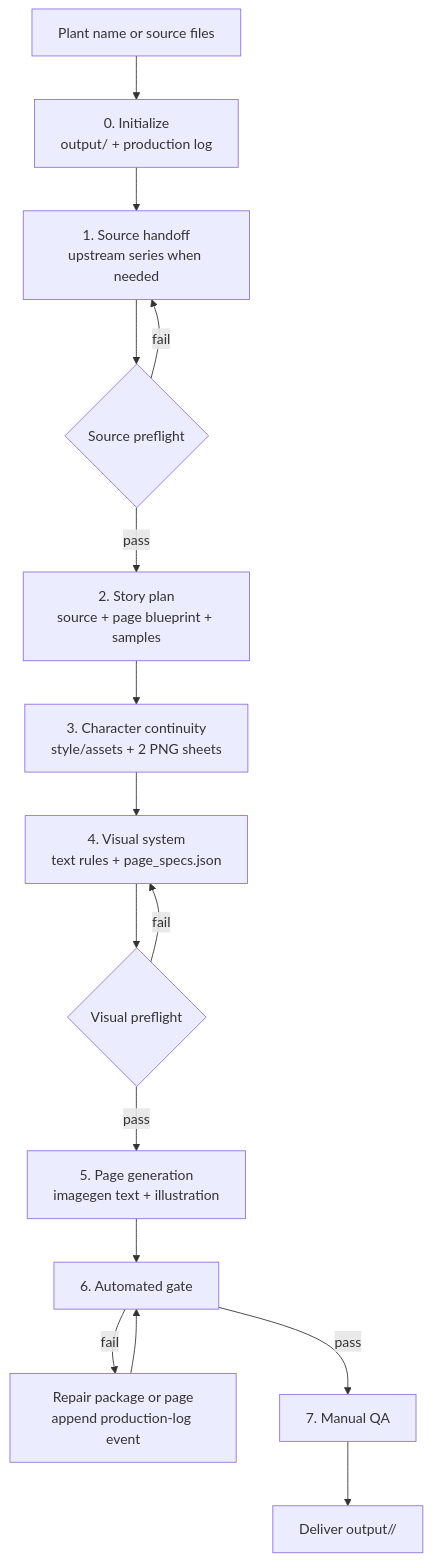
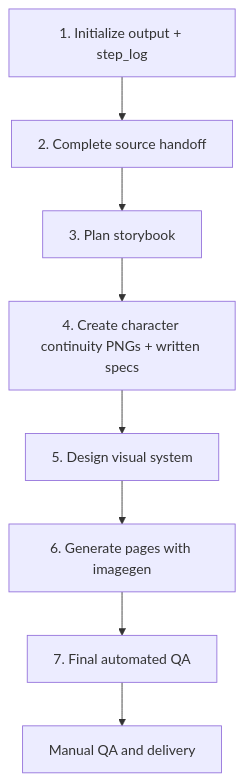
The diagram in README.md (shiqian/family-picturebook-generator), drawn with Mermaid before and after one commit. The commit also changed other lines of this file and 27 other files, not shown here.

````diff
--- a/README.md
+++ b/README.md
@@ -77,18 +48,10 @@
 ```mermaid
 flowchart TD
-    A["Plant name or source files"] --> B["0. Initialize\noutput/<slug> + production log"]
-    B --> C["1. Source handoff\nupstream series when needed"]
-    C --> D{"Source preflight"}
-    D -->|fail| C
-    D -->|pass| E["2. Story plan\nsource + page blueprint + samples"]
-    E --> F["3. Character continuity\nstyle/assets + 2 PNG sheets"]
-    F --> G["4. Visual system\ntext rules + page_specs.json"]
-    G --> H{"Visual preflight"}
-    H -->|fail| G
-    H -->|pass| I["5. Page generation\nimagegen text + illustration"]
-    I --> J["6. Automated gate"]
-    J -->|fail| R["Repair package or page\nappend production-log event"]
-    R --> J
-    J -->|pass| K["7. Manual QA"]
-    K --> L["Deliver output/<slug>/"]
+    A["1. Initialize output + step_log"] --> B["2. Complete source handoff"]
+    B --> C["3. Plan storybook"]
+    C --> D["4. Create character continuity PNGs + written specs"]
+    D --> E["5. Design visual system"]
+    E --> F["6. Generate pages with imagegen"]
+    F --> G["7. Final automated QA"]
+    G --> H["Manual QA and delivery"]
 ```
````
